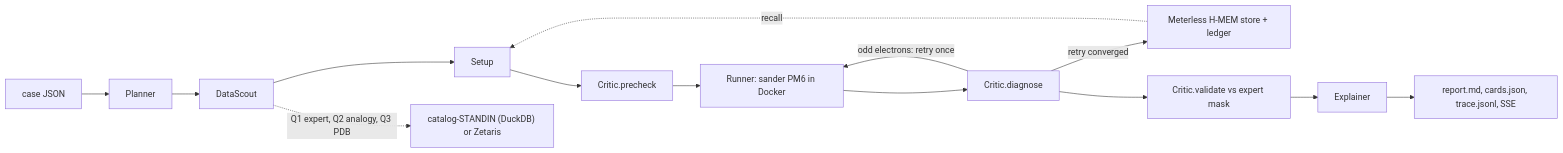
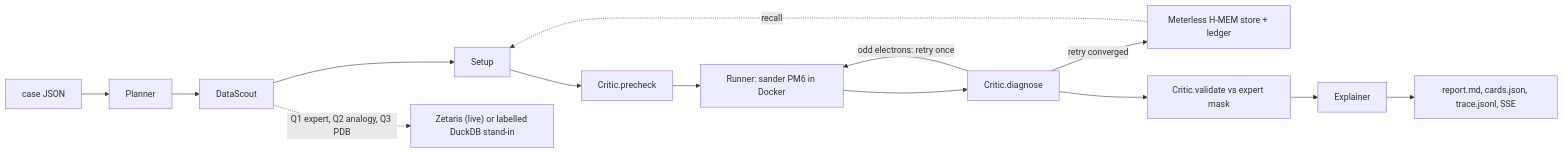
One commit to KhangLuong314/ActiveSite-QM-MM changed the diagram in README.md. Above: the diagram before and after it, drawn with Mermaid. The commit also changed other lines of this file and 4 other files, not shown here.

````diff
--- a/README.md
+++ b/README.md
@@ -110,10 +112,10 @@
 ```mermaid
 flowchart LR
   Case["case JSON"] --> Planner --> DataScout --> Setup
-  DataScout -. "Q1 expert, Q2 analogy, Q3 PDB" .-> Catalog["catalog-STANDIN (DuckDB) or Zetaris"]
+  DataScout -. "Q1 expert, Q2 analogy, Q3 PDB" .-> Catalog["Zetaris (live) or labelled DuckDB stand-in"]
   Setup --> Critic1["Critic.precheck"] --> Runner["Runner: sander PM6 in Docker"] --> Critic2["Critic.diagnose"]
   Critic2 -- "odd electrons: retry once" --> Runner
   Critic2 -- "retry converged" --> HMEM["Meterless H-MEM store + ledger"]
   HMEM -. "recall" .-> Setup
   Critic2 --> Validate["Critic.validate vs expert mask"] --> Explainer --> Report["report.md, cards.json, trace.jsonl, SSE"]
 ```
````
